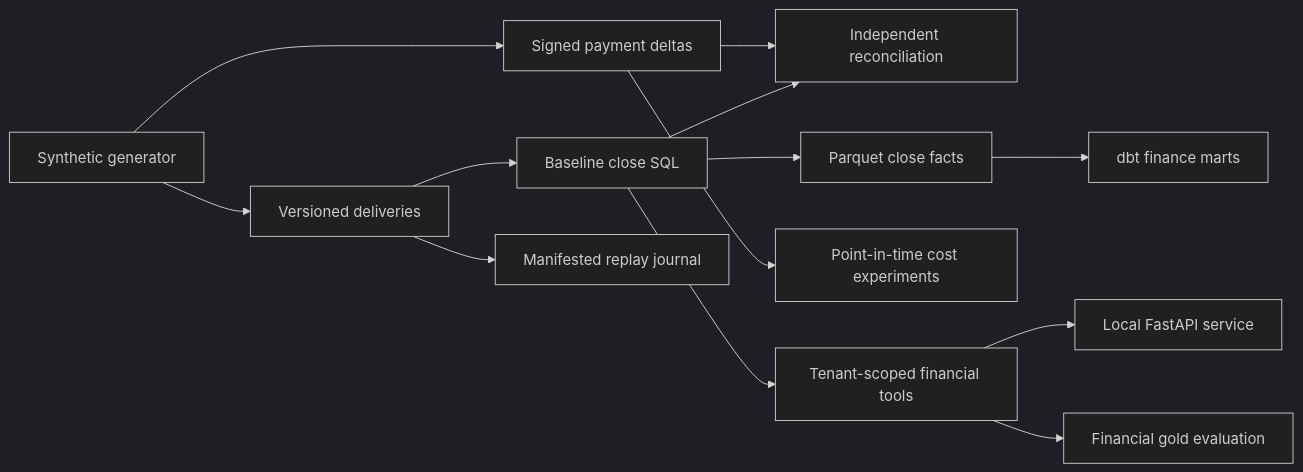
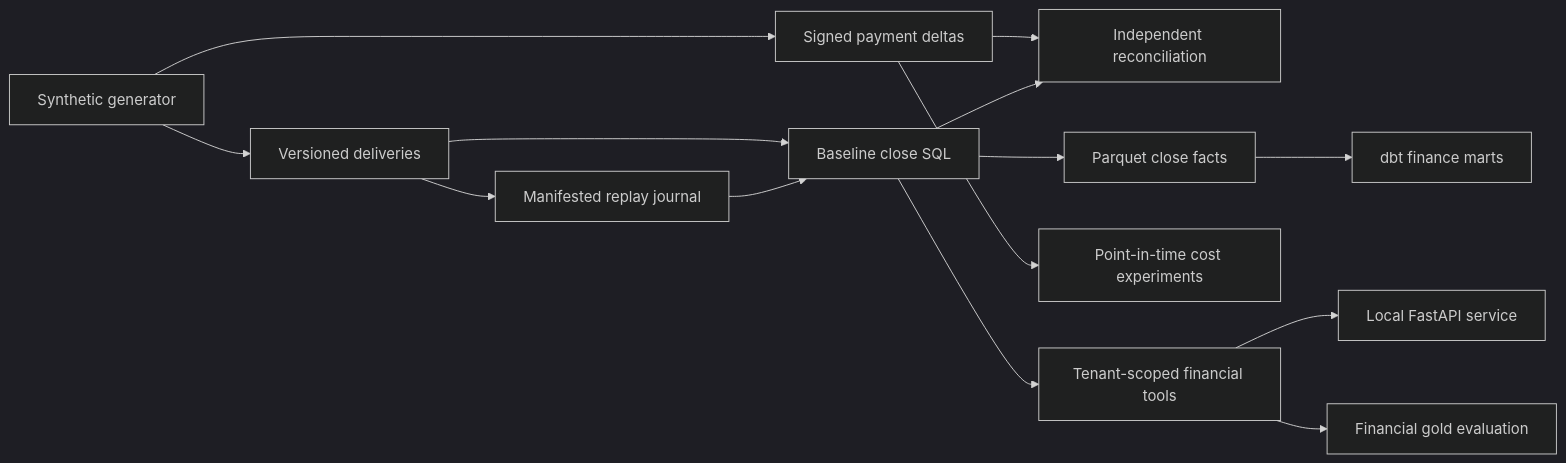
One commit to ken-kaneki21/healthcare-claims-platform changed the diagram in docs/architecture.md. Above: the diagram before and after it, drawn with Mermaid (dark theme). The commit also changed other lines of this file and 9 other files, not shown here.

````diff
--- a/docs/architecture.md
+++ b/docs/architecture.md
@@ -3,15 +3,16 @@
 ```mermaid
 flowchart LR
   G[Synthetic generator] --> D[Versioned deliveries]
   G --> O[Signed payment deltas]
   D --> C[Baseline close SQL]
   O --> V[Independent reconciliation]
   C --> V
   C --> P[Parquet close facts]
   P --> B[dbt finance marts]
   D --> J[Manifested replay journal]
+  J --> C
   O --> M[Point-in-time cost experiments]
   C --> A[Tenant-scoped financial tools]
   A --> S[Local FastAPI service]
   A --> E[Financial gold evaluation]
 ```
````
